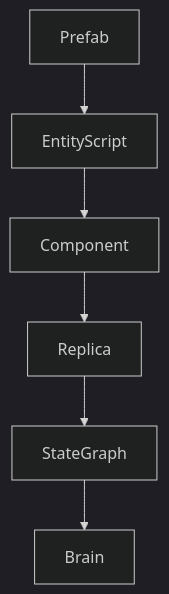
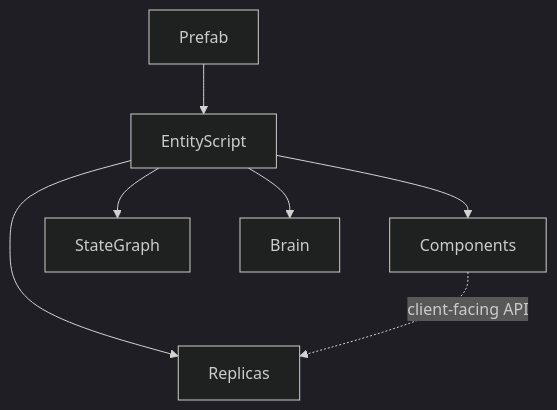
One commit to LetsStarveTogether/dst-server changed the diagram in dst-scripts/index/0x1000-orientation/0x1004-glossary.md. Above: the diagram before and after it, drawn with Mermaid (dark theme). The commit also changed other lines of this file and 83 other files, not shown here.

```diff
--- a/dst-scripts/index/0x1000-orientation/0x1004-glossary.md
+++ b/dst-scripts/index/0x1000-orientation/0x1004-glossary.md
@@ -29,9 +31,9 @@
 ~~~mermaid
 flowchart TD
-    A["Prefab"]
-    A --> B["EntityScript"]
-    B --> C["Component"]
-    C --> D["Replica"]
-    D --> E["StateGraph"]
-    E --> F["Brain"]
+    A["Prefab"] --> B["EntityScript"]
+    B --> C["Components"]
+    B --> D["Replicas"]
+    B --> E["StateGraph"]
+    B --> F["Brain"]
+    C -. client-facing API .-> D
 ~~~
```
